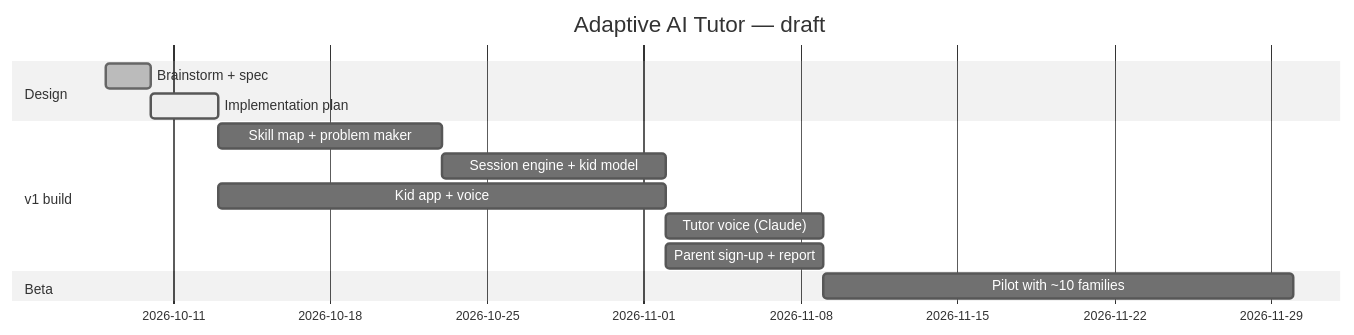
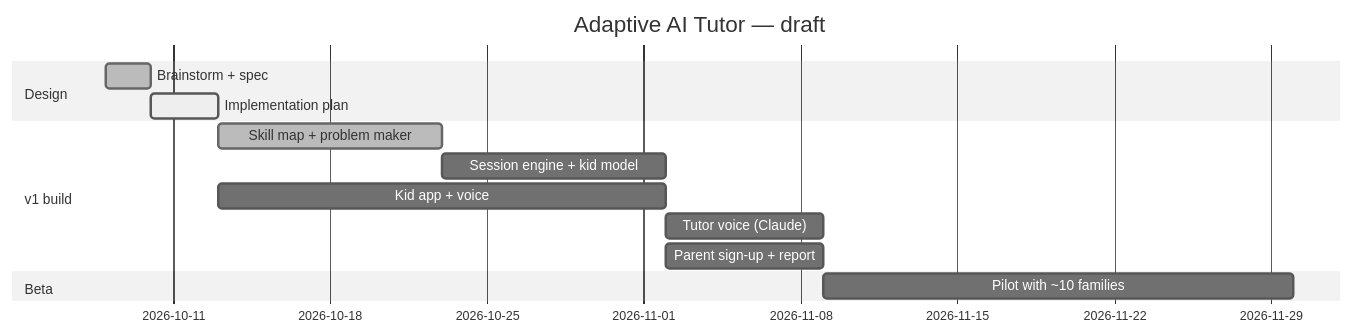
Before and after one commit to andrejovnarski/ai-tutor: the diagram in vault/05 Roadmap/Roadmap.md, drawn with Mermaid (neutral theme). The commit also changed 10 other files, not shown here.

First line of the commit message:
feat: whole skill-map checks, id snapshot, vault skill lists

````diff
--- a/vault/05 Roadmap/Roadmap.md
+++ b/vault/05 Roadmap/Roadmap.md
@@ -9,16 +9,16 @@
 ```mermaid
 gantt
   title Adaptive AI Tutor — draft
   dateFormat YYYY-MM-DD
   section Design
   Brainstorm + spec         :done, d1, 2026-10-08, 2d
   Implementation plan       :active, d2, after d1, 3d
   section v1 build
-  Skill map + problem maker :b1, after d2, 10d
+  Skill map + problem maker :done, b1, after d2, 10d
   Session engine + kid model:b2, after b1, 10d
   Kid app + voice           :b3, after d2, 20d
   Tutor voice (Claude)      :b4, after b2, 7d
   Parent sign-up + report   :b5, after b2, 7d
   section Beta
   Pilot with ~10 families   :p1, after b4, 21d
 ```
````
